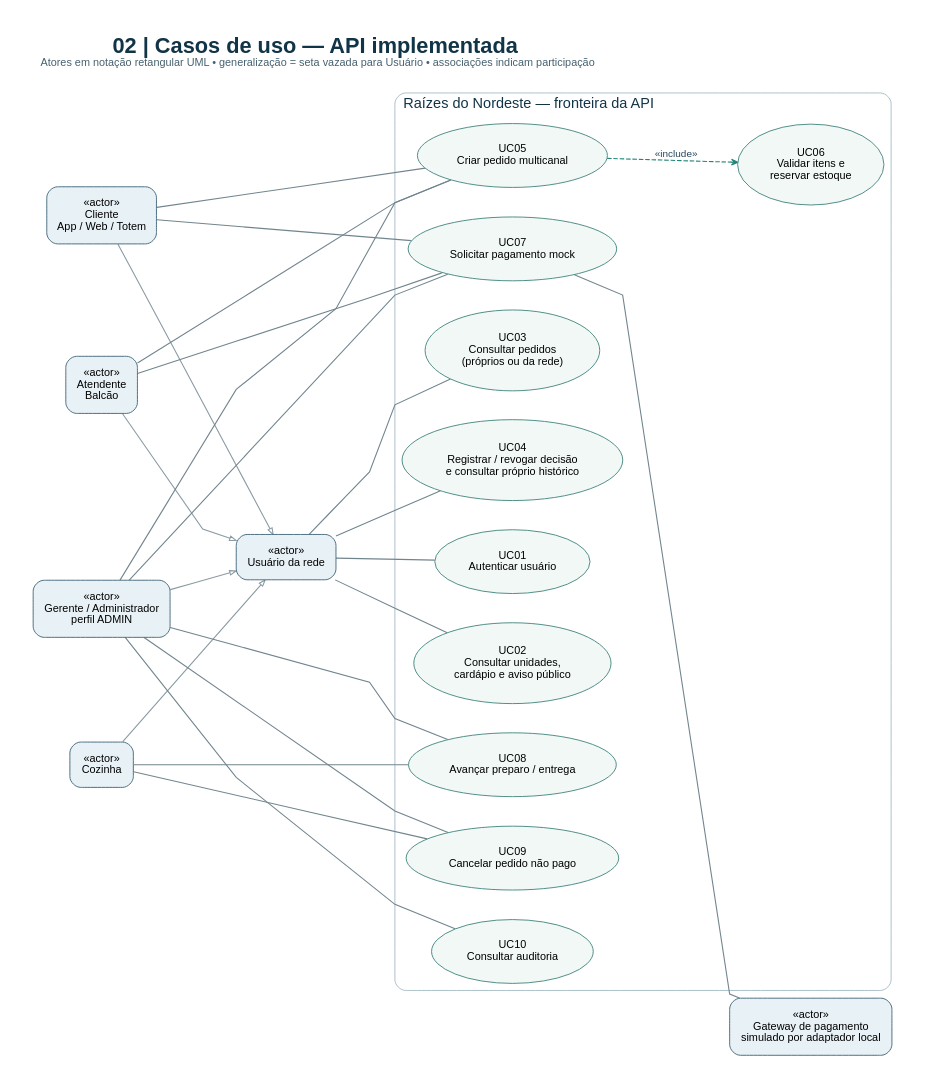
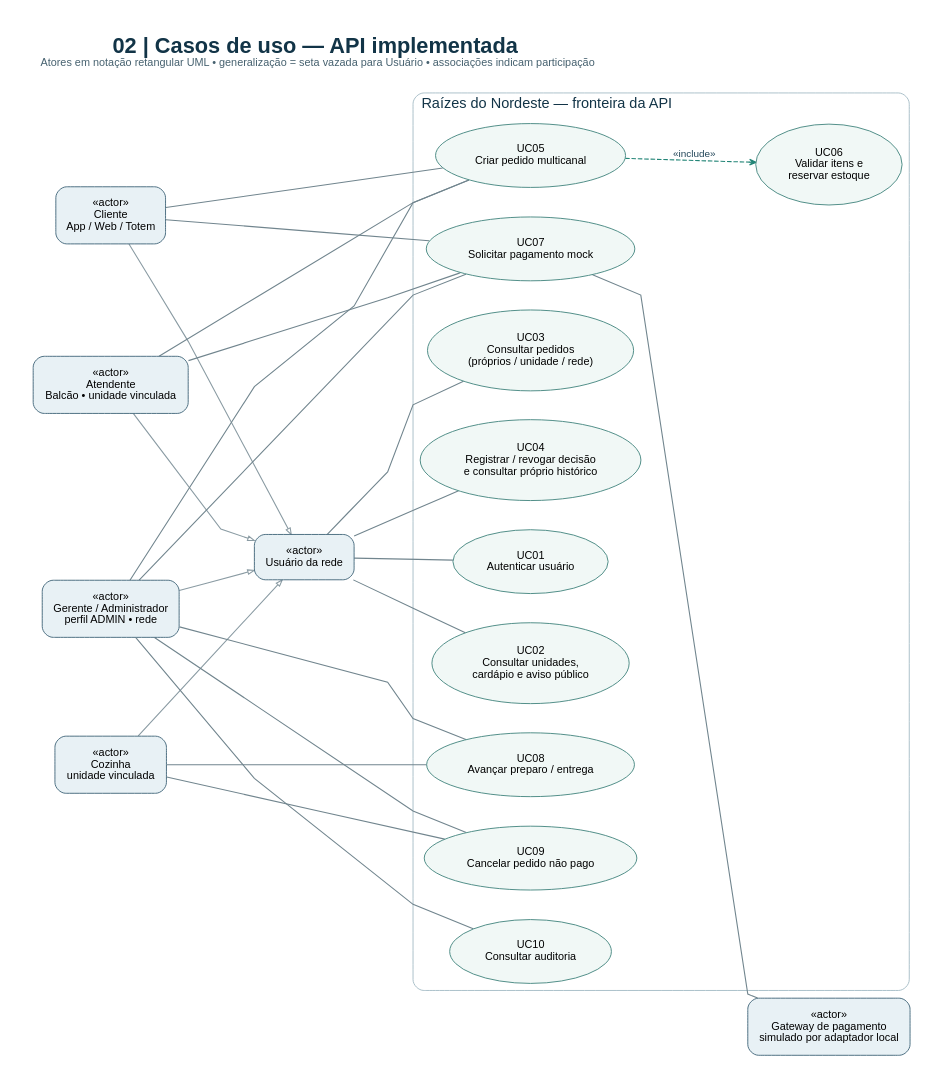
Before and after one commit to angelicafolgado/raizes-do-nordeste: the diagram in docs/diagramas/02_casos_de_uso.dot, drawn with Graphviz. The commit also changed 30 other files, not shown here.

Commit message:
Implementar autorização e isolamento de pedidos por unidade

```diff
--- a/docs/diagramas/02_casos_de_uso.dot
+++ b/docs/diagramas/02_casos_de_uso.dot
@@ -1,45 +1,45 @@
 digraph G {
 graph [rankdir=LR, bgcolor="white", pad="0.4", nodesep="0.45", ranksep="1.0", splines=polyline, outputorder=edgesfirst, fontname="Arial", labelloc=t, labeljust=l, label=<<FONT POINT-SIZE="24" COLOR="#123447"><B>02 | Casos de uso — API implementada</B></FONT><BR/><FONT POINT-SIZE="12" COLOR="#46616f">Atores em notação retangular UML • generalização = seta vazada para Usuário • associações indicam participação</FONT><BR/><BR/>>];
 node [shape=plain, fontname="Arial", fontsize=12];
 edge [fontname="Arial", fontsize=11, color="#71858e", fontcolor="#24475a", penwidth=1.2, arrowsize=0.7];
 usuario [shape=box, style="rounded,filled", fillcolor="#e8f1f5", color="#406579", margin="0.16", label="«actor»\nUsuário da rede"];
 cliente [shape=box, style="rounded,filled", fillcolor="#e8f1f5", color="#406579", margin="0.16", label="«actor»\nCliente\nApp / Web / Totem"];
-atendente [shape=box, style="rounded,filled", fillcolor="#e8f1f5", color="#406579", margin="0.16", label="«actor»\nAtendente\nBalcão"];
-cozinha [shape=box, style="rounded,filled", fillcolor="#e8f1f5", color="#406579", margin="0.16", label="«actor»\nCozinha"];
-admin [shape=box, style="rounded,filled", fillcolor="#e8f1f5", color="#406579", margin="0.16", label="«actor»\nGerente / Administrador\nperfil ADMIN"];
+atendente [shape=box, style="rounded,filled", fillcolor="#e8f1f5", color="#406579", margin="0.16", label="«actor»\nAtendente\nBalcão • unidade vinculada"];
+cozinha [shape=box, style="rounded,filled", fillcolor="#e8f1f5", color="#406579", margin="0.16", label="«actor»\nCozinha\nunidade vinculada"];
+admin [shape=box, style="rounded,filled", fillcolor="#e8f1f5", color="#406579", margin="0.16", label="«actor»\nGerente / Administrador\nperfil ADMIN • rede"];
 gateway [shape=box, style="rounded,filled", fillcolor="#e8f1f5", color="#406579", margin="0.16", label="«actor»\nGateway de pagamento\nsimulado por adaptador local"];
 subgraph cluster_api { label="Raízes do Nordeste — fronteira da API"; color="#a4bbc5"; style=rounded; fontcolor="#123447"; fontsize=16;
 login [shape=ellipse, style=filled, fillcolor="#f1f8f6", color="#43857e", margin="0.16", label="UC01\nAutenticar usuário"];
 catalogo [shape=ellipse, style=filled, fillcolor="#f1f8f6", color="#43857e", margin="0.16", label="UC02\nConsultar unidades,\ncardápio e aviso público"];
-historico [shape=ellipse, style=filled, fillcolor="#f1f8f6", color="#43857e", margin="0.16", label="UC03\nConsultar pedidos\n(próprios ou da rede)"];
+historico [shape=ellipse, style=filled, fillcolor="#f1f8f6", color="#43857e", margin="0.16", label="UC03\nConsultar pedidos\n(próprios / unidade / rede)"];
 consentir [shape=ellipse, style=filled, fillcolor="#f1f8f6", color="#43857e", margin="0.16", label="UC04\nRegistrar / revogar decisão\ne consultar próprio histórico"];
 criar [shape=ellipse, style=filled, fillcolor="#f1f8f6", color="#43857e", margin="0.16", label="UC05\nCriar pedido multicanal"];
 reservar [shape=ellipse, style=filled, fillcolor="#f1f8f6", color="#43857e", margin="0.16", label="UC06\nValidar itens e\nreservar estoque"];
 pagar [shape=ellipse, style=filled, fillcolor="#f1f8f6", color="#43857e", margin="0.16", label="UC07\nSolicitar pagamento mock"];
 status [shape=ellipse, style=filled, fillcolor="#f1f8f6", color="#43857e", margin="0.16", label="UC08\nAvançar preparo / entrega"];
 cancelar [shape=ellipse, style=filled, fillcolor="#f1f8f6", color="#43857e", margin="0.16", label="UC09\nCancelar pedido não pago"];
 auditoria [shape=ellipse, style=filled, fillcolor="#f1f8f6", color="#43857e", margin="0.16", label="UC10\nConsultar auditoria"];
 }
 cliente -> usuario [arrowhead=empty, color="#8a9ba3"];
 atendente -> usuario [arrowhead=empty, color="#8a9ba3"];
 cozinha -> usuario [arrowhead=empty, color="#8a9ba3"];
 admin -> usuario [arrowhead=empty, color="#8a9ba3"];
 usuario -> login [dir=none];
 usuario -> catalogo [dir=none];
 usuario -> historico [dir=none];
 usuario -> consentir [dir=none];
 cliente -> criar [dir=none];
 cliente -> pagar [dir=none];
 atendente -> criar [dir=none];
 atendente -> pagar [dir=none];
 admin -> criar [dir=none];
 admin -> pagar [dir=none];
 cozinha -> status [dir=none];
 cozinha -> cancelar [dir=none];
 admin -> status [dir=none];
 admin -> cancelar [dir=none];
 admin -> auditoria [dir=none];
 criar -> reservar [style=dashed, label="«include»", arrowhead=open, color="#238577"];
 pagar -> gateway [dir=none];
 {rank=same; cliente; atendente; cozinha; admin;}
 }
```
